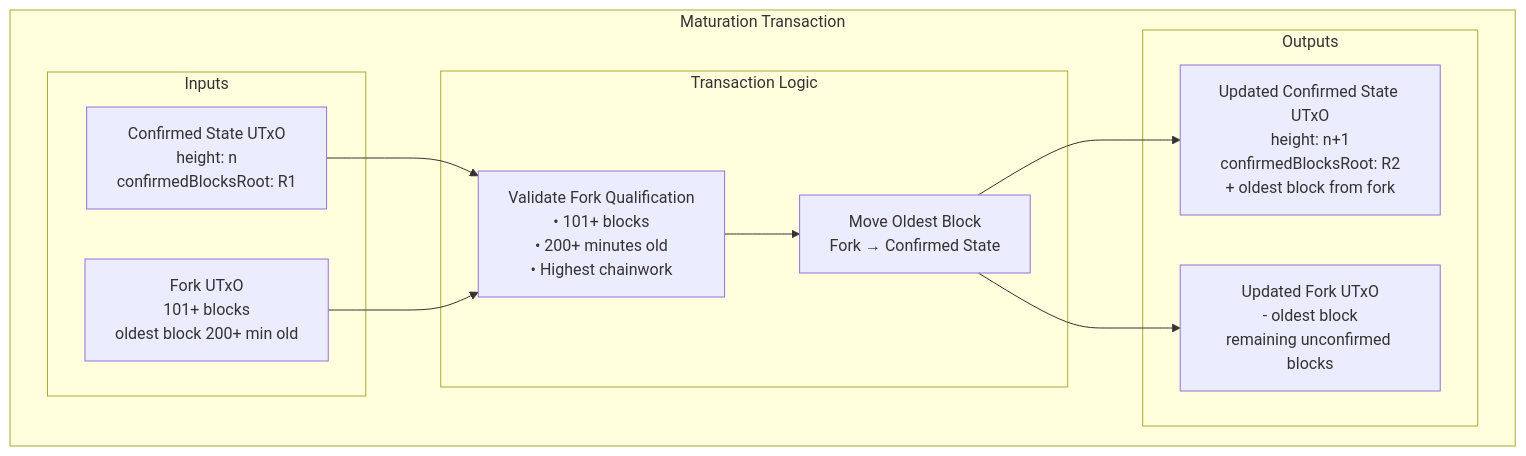
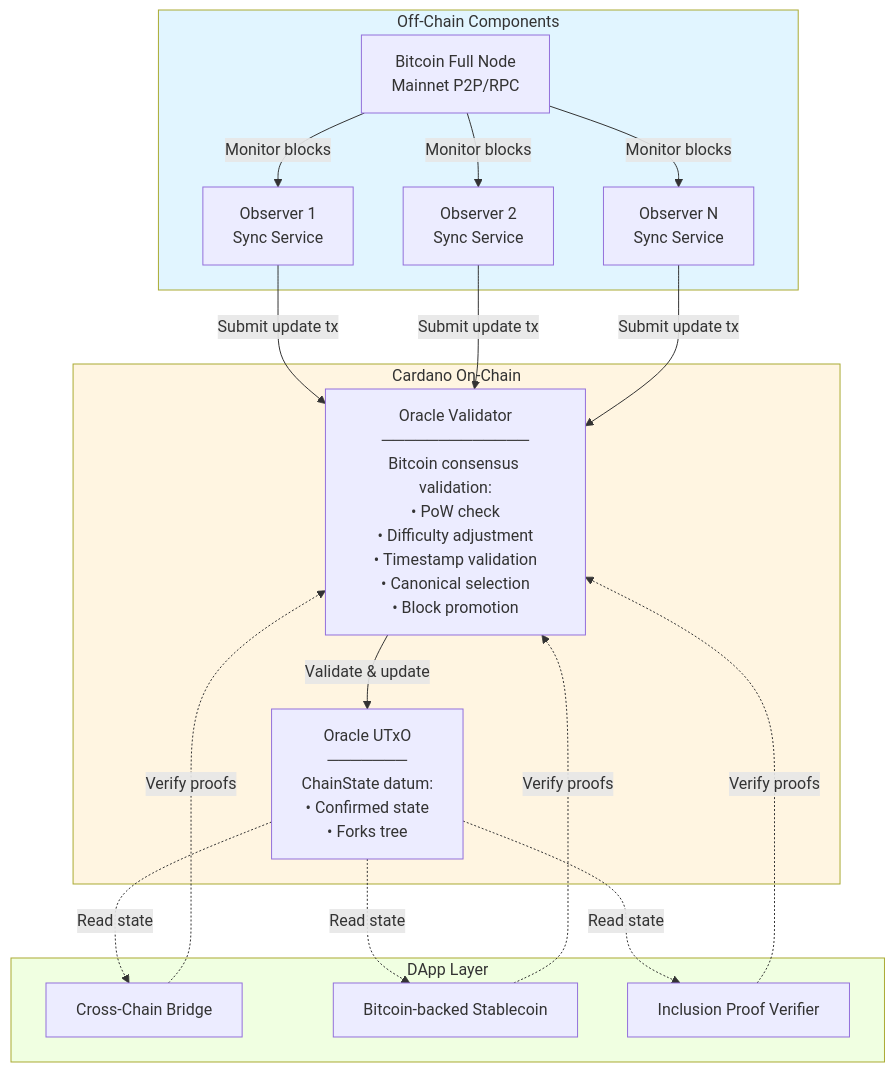
The fourth of 5 diagrams in Whitepaper.md (lantr-io/binocular), drawn with Mermaid before and after one commit. The commit also changed other lines of this file and 3 other files, not shown here.

````diff
--- a/Whitepaper.md
+++ b/Whitepaper.md
@@ -122,25 +747,42 @@
 ```mermaid
 graph TB
-    subgraph "Maturation Transaction"
-        subgraph "Inputs"
-            A[Confirmed State UTxO<br/>height: n<br/>confirmedBlocksRoot: R1]
-            B[Fork UTxO<br/>101+ blocks<br/>oldest block 200+ min old]
-        end
-
-        subgraph "Transaction Logic"
-            C[Validate Fork Qualification<br/>• 101+ blocks<br/>• 200+ minutes old<br/>• Highest chainwork]
-            D[Move Oldest Block<br/>Fork → Confirmed State]
-        end
-
-        subgraph "Outputs"
-            E[Updated Confirmed State UTxO<br/>height: n+1<br/>confirmedBlocksRoot: R2<br/>+ oldest block from fork]
-            F[Updated Fork UTxO<br/>- oldest block<br/>remaining unconfirmed blocks]
-        end
+    subgraph Off-Chain["Off-Chain Components"]
+        BTC[Bitcoin Full Node<br/>Mainnet P2P/RPC]
+        Obs1[Observer 1<br/>Sync Service]
+        Obs2[Observer 2<br/>Sync Service]
+        ObsN[Observer N<br/>Sync Service]
     end
 
-    A --> C
-    B --> C
-    C --> D
-    D --> E
-    D --> F
+    subgraph On-Chain["Cardano On-Chain"]
+        UTxO[Oracle UTxO<br/>───────<br/>ChainState datum:<br/>• Confirmed state<br/>• Forks tree]
+        Validator[Oracle Validator<br/>─────────────<br/>Bitcoin consensus validation:<br/>• PoW check<br/>• Difficulty adjustment<br/>• Timestamp validation<br/>• Canonical selection<br/>• Block promotion]
+    end
+
+    subgraph Applications["DApp Layer"]
+        App1[Cross-Chain Bridge]
+        App2[Bitcoin-backed Stablecoin]
+        App3[Inclusion Proof Verifier]
+    end
+
+    BTC -->|Monitor blocks| Obs1
+    BTC -->|Monitor blocks| Obs2
+    BTC -->|Monitor blocks| ObsN
+
+    Obs1 -->|Submit update tx| Validator
+    Obs2 -->|Submit update tx| Validator
+    ObsN -->|Submit update tx| Validator
+
+    Validator -->|Validate & update| UTxO
+
+    UTxO -.->|Read state| App1
+    UTxO -.->|Read state| App2
+    UTxO -.->|Read state| App3
+
+    App1 -.->|Verify proofs| Validator
+    App2 -.->|Verify proofs| Validator
+    App3 -.->|Verify proofs| Validator
+
+    style Off-Chain fill:#e1f5ff
+    style On-Chain fill:#fff5e1
+    style Applications fill:#f0ffe1
 ```
````
